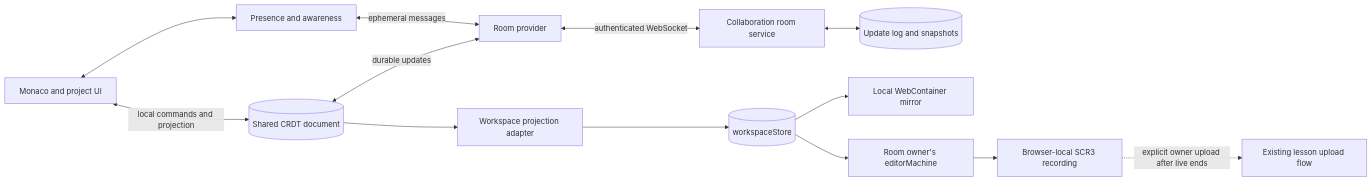
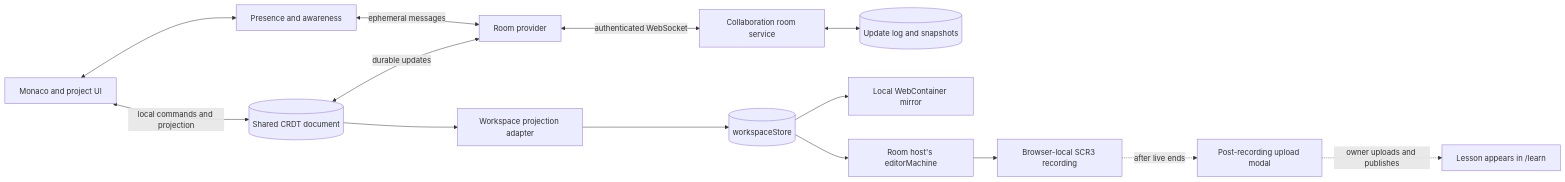
One commit to channyeintun/next-editor changed the first of 2 diagrams in docs/live-collaboration.md. Above: the diagram before and after it, drawn with Mermaid. The commit also changed other lines of this file and 2 other files, not shown here.

Commit message:
docs: clarify host recording upload flow

````diff
--- a/docs/live-collaboration.md
+++ b/docs/live-collaboration.md
@@ -77,17 +78,18 @@
 ```mermaid
 flowchart LR
     UI[Monaco and project UI] <-->|local commands and projection| Doc[(Shared CRDT document)]
     Doc <-->|durable updates| Provider[Room provider]
     Provider <-->|authenticated WebSocket| Room[Collaboration room service]
     Room <--> Persist[(Update log and snapshots)]
 
     Awareness[Presence and awareness] <-->|ephemeral messages| Provider
     UI <--> Awareness
 
     Doc --> Adapter[Workspace projection adapter]
     Adapter --> Store[(workspaceStore)]
     Store --> Container[Local WebContainer mirror]
-    Store --> Recorder[Room owner's editorMachine]
+    Store --> Recorder[Room host's editorMachine]
     Recorder --> SCR3[Browser-local SCR3 recording]
-    SCR3 -.->|explicit owner upload after live ends| Learn[Existing lesson upload flow]
+    SCR3 -.->|after live ends| Modal[Post-recording upload modal]
+    Modal -.->|owner uploads and publishes| Learn[Lesson appears in /learn]
 ```
````
